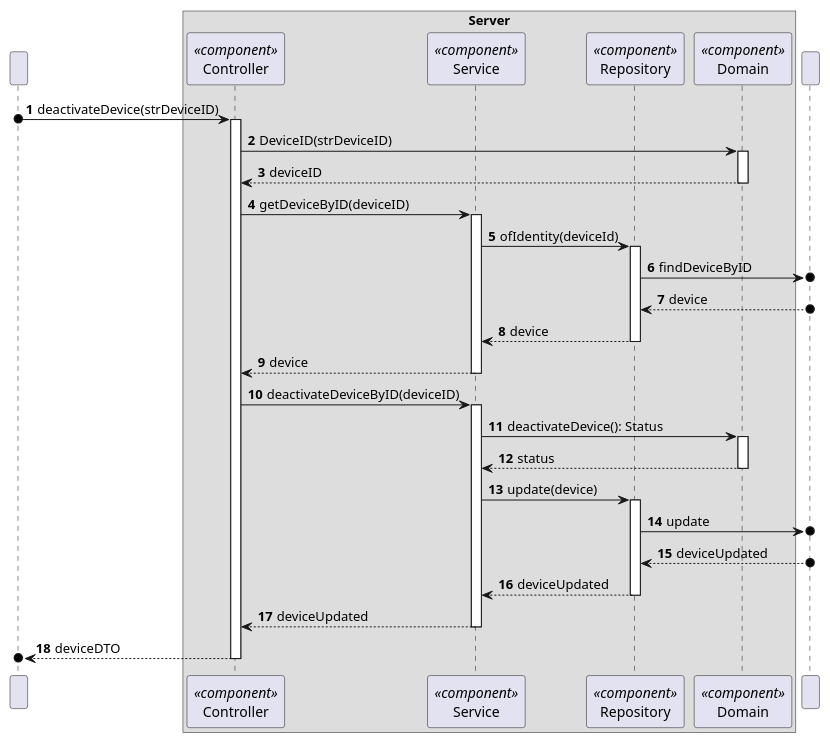
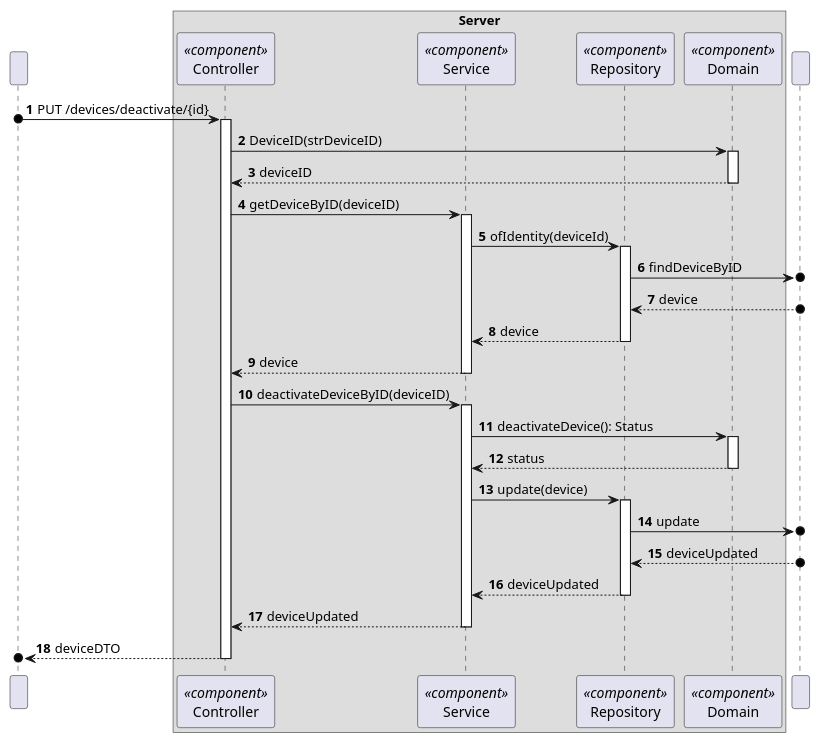
One commit to moutajDev/smarthome changed the diagram in docs/C4_4plus1_models/Level4/ProcessView/ProcessViewLevel4_UC08.puml. Above: the diagram before and after it, drawn with PlantUML. The commit also changed 38 other files, not shown here.

```diff
--- a/docs/C4_4plus1_models/Level4/ProcessView/ProcessViewLevel4_UC08.puml
+++ b/docs/C4_4plus1_models/Level4/ProcessView/ProcessViewLevel4_UC08.puml
@@ -1,66 +1,66 @@
 @startuml
 'https://plantuml.com/sequence-diagram
 !pragma layout smetana
 
 autonumber
 
 participant " " as HTTP
 
 box "Server"
     participant "Controller" as CTRL<<component>>
         participant "Service" as SV<<component>>
         participant "Repository" as REPO<<component>>
         participant "Domain" as DOM<<component>>
 end box
 participant " " as BD
 
 
 
-HTTP o-> CTRL : deactivateDevice(strDeviceID)
+HTTP o-> CTRL : PUT /devices/deactivate/{id}
 activate CTRL
 
 CTRL -> DOM: DeviceID(strDeviceID)
 activate DOM
 
 DOM --> CTRL : deviceID
 deactivate DOM
 
 CTRL -> SV : getDeviceByID(deviceID)
 activate SV
 
 SV -> REPO : ofIdentity(deviceId)
 activate REPO
 REPO ->o BD : findDeviceByID
 BD o--> REPO : device
 REPO --> SV : device
 deactivate REPO
 
 SV --> CTRL : device
 deactivate SV
 
 
 CTRL -> SV : deactivateDeviceByID(deviceID)
 activate SV
 
 
 SV -> DOM : deactivateDevice(): Status
 activate DOM
 DOM --> SV : status
 deactivate DOM
 
 SV -> REPO : update(device)
 activate REPO
 
 REPO ->o BD : update
 BD o--> REPO : deviceUpdated
 REPO --> SV : deviceUpdated
 deactivate REPO
 
 SV --> CTRL : deviceUpdated
 deactivate SV
 
 CTRL -->o HTTP : deviceDTO
 deactivate CTRL
 
 
 @enduml
```
